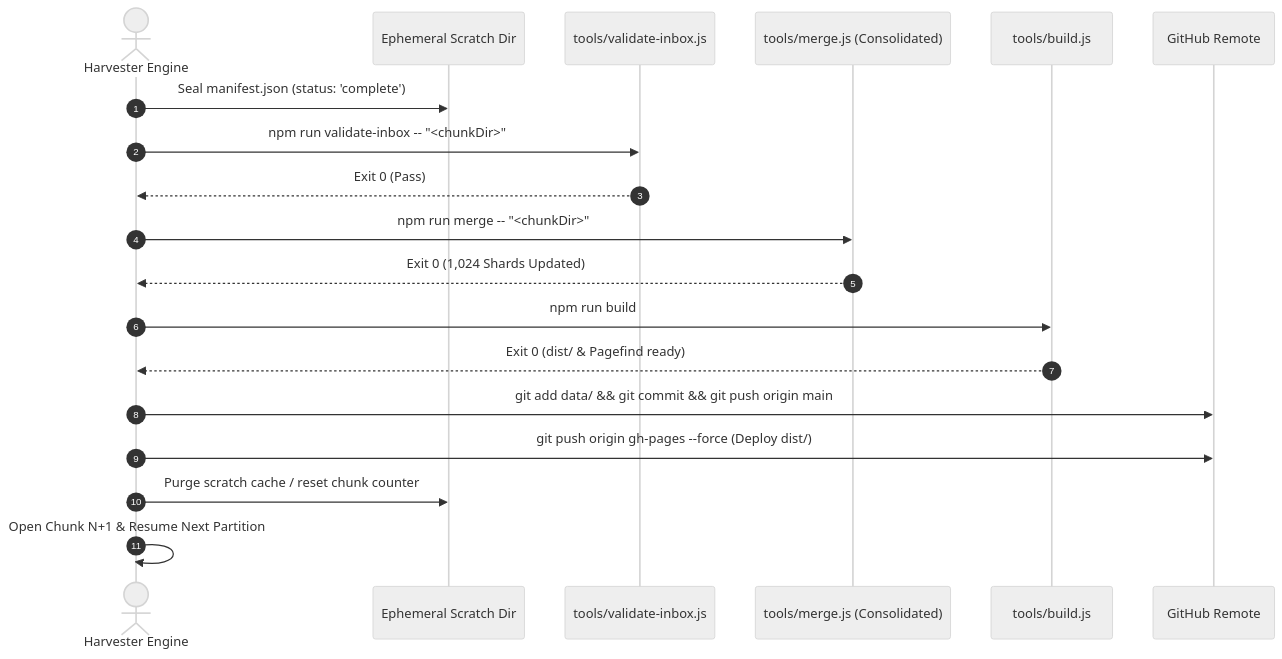
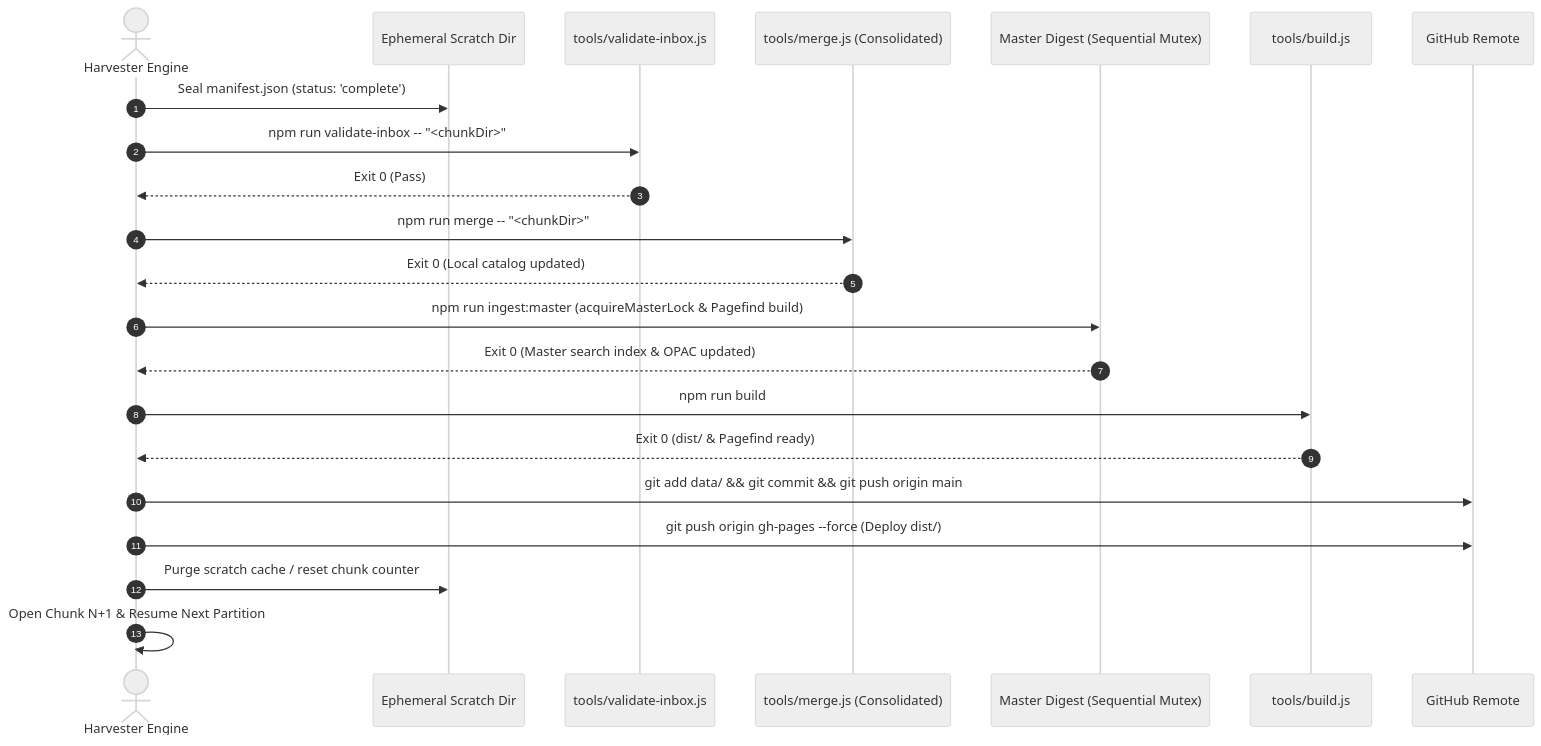
The diagram in docs/HARVESTER_CHUNK_LIFECYCLE.md (pustaka-terbuka/master), drawn with Mermaid (neutral theme) before and after one commit. The commit also changed other lines of this file and 7 other files, not shown here.

````diff
--- a/docs/HARVESTER_CHUNK_LIFECYCLE.md
+++ b/docs/HARVESTER_CHUNK_LIFECYCLE.md
@@ -339,22 +339,25 @@
 ```mermaid
 sequenceDiagram
     autonumber
     actor Harvester as Harvester Engine
     participant Scratch as Ephemeral Scratch Dir
     participant Validate as tools/validate-inbox.js
     participant Merge as tools/merge.js (Consolidated)
+    participant Master as Master Digest (Sequential Mutex)
     participant Build as tools/build.js
     participant Git as GitHub Remote
 
     Harvester->>Scratch: Seal manifest.json (status: 'complete')
     Harvester->>Validate: npm run validate-inbox -- "<chunkDir>"
     Validate-->>Harvester: Exit 0 (Pass)
     Harvester->>Merge: npm run merge -- "<chunkDir>"
-    Merge-->>Harvester: Exit 0 (1,024 Shards Updated)
+    Merge-->>Harvester: Exit 0 (Local catalog updated)
+    Harvester->>Master: npm run ingest:master (acquireMasterLock & Pagefind build)
+    Master-->>Harvester: Exit 0 (Master search index & OPAC updated)
     Harvester->>Build: npm run build
     Build-->>Harvester: Exit 0 (dist/ & Pagefind ready)
     Harvester->>Git: git add data/ && git commit && git push origin main
     Harvester->>Git: git push origin gh-pages --force (Deploy dist/)
     Harvester->>Scratch: Purge scratch cache / reset chunk counter
     Harvester->>Harvester: Open Chunk N+1 & Resume Next Partition
 ```
````
